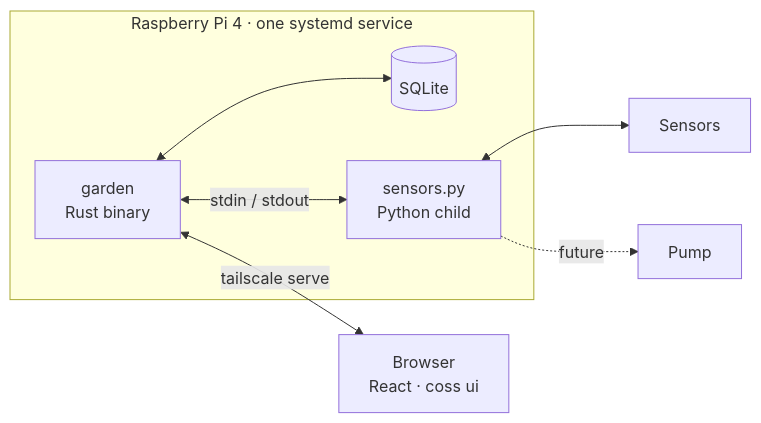
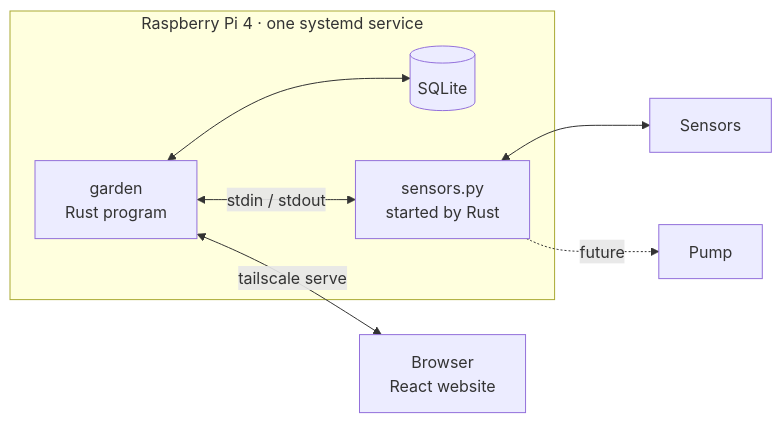
One commit to JacobMcnelly/Garden_Project_GEAR2026-27 changed the first of 2 diagrams in ARCHITECTURE.md. Above: the diagram before and after it, drawn with Mermaid. The commit also changed other lines of this file and 5 other files, not shown here.

````diff
--- a/ARCHITECTURE.md
+++ b/ARCHITECTURE.md
@@ -11,10 +11,10 @@
 ```mermaid
 flowchart LR
     subgraph Pi4["Raspberry Pi 4 · one systemd service"]
-        R["garden<br/>Rust binary"] <--> DB[(SQLite)]
-        R <-->|stdin / stdout| P["sensors.py<br/>Python child"]
+        R["garden<br/>Rust program"] <--> DB[(SQLite)]
+        R <-->|stdin / stdout| P["sensors.py<br/>started by Rust"]
     end
     P <--> S[Sensors]
-    R <-->|tailscale serve| B["Browser<br/>React · coss ui"]
+    R <-->|tailscale serve| B["Browser<br/>React website"]
     P -.->|future| PU[Pump]
 ```
````
